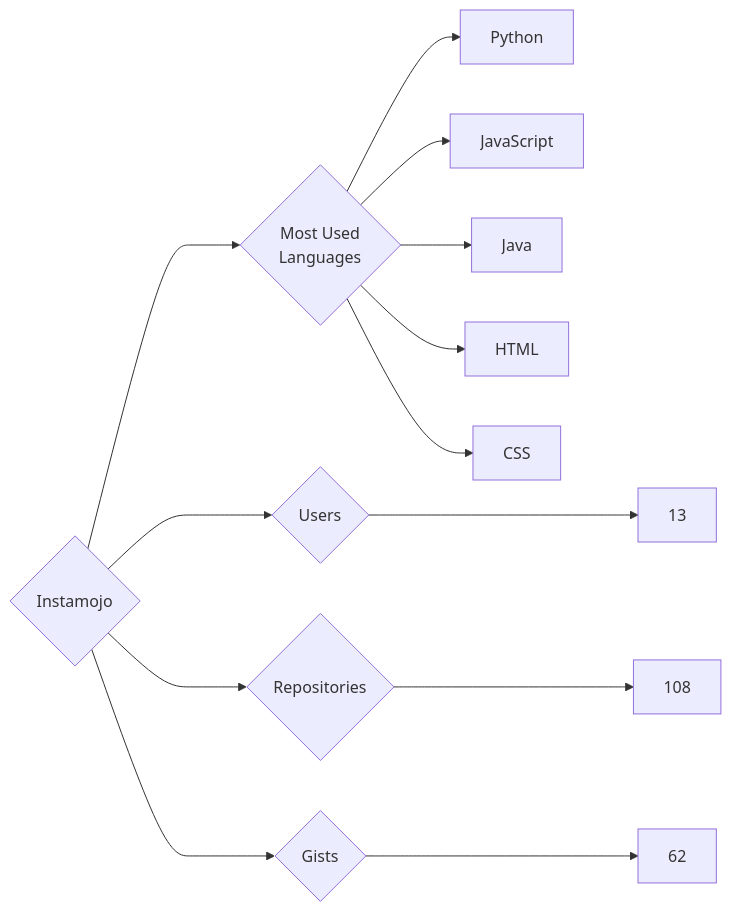
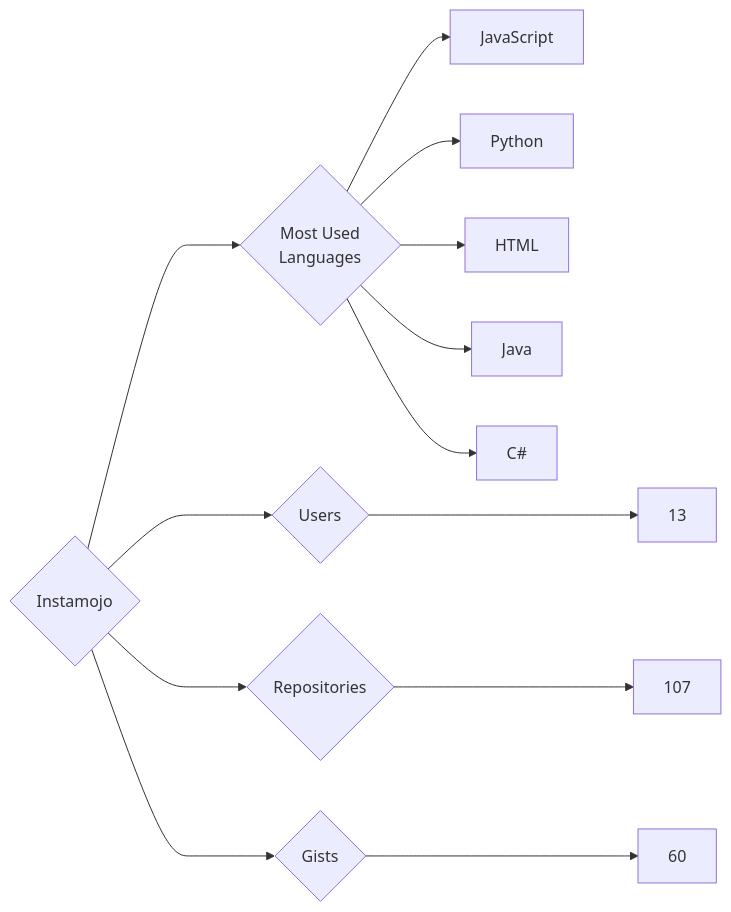
Before and after one commit to trickest/insiders: the diagram in targets/Instamojo/README.md, drawn with Mermaid. The commit also changed 823 other files, not shown here.

````diff
--- a/targets/Instamojo/README.md
+++ b/targets/Instamojo/README.md
@@ -3,13 +3,13 @@
 ```mermaid
 graph LR
 COMPANY_NAME{Instamojo}
 COMPANY_NAME ---> U{Users} ---> UN[13]
-COMPANY_NAME ---> R{Repositories} ---> RN[108]
-COMPANY_NAME ---> G{Gists} ---> GN[62]
+COMPANY_NAME ---> R{Repositories} ---> RN[107]
+COMPANY_NAME ---> G{Gists} ---> GN[60]
 COMPANY_NAME ---> ML{Most Used<br>Languages}
+ML --> JavaScript[JavaScript]
 ML --> Python[Python]
-ML --> JavaScript[JavaScript]
+ML --> HTML[HTML]
 ML --> Java[Java]
-ML --> HTML[HTML]
-ML --> CSS[CSS]
+ML --> C#[C#]
 ```
````
